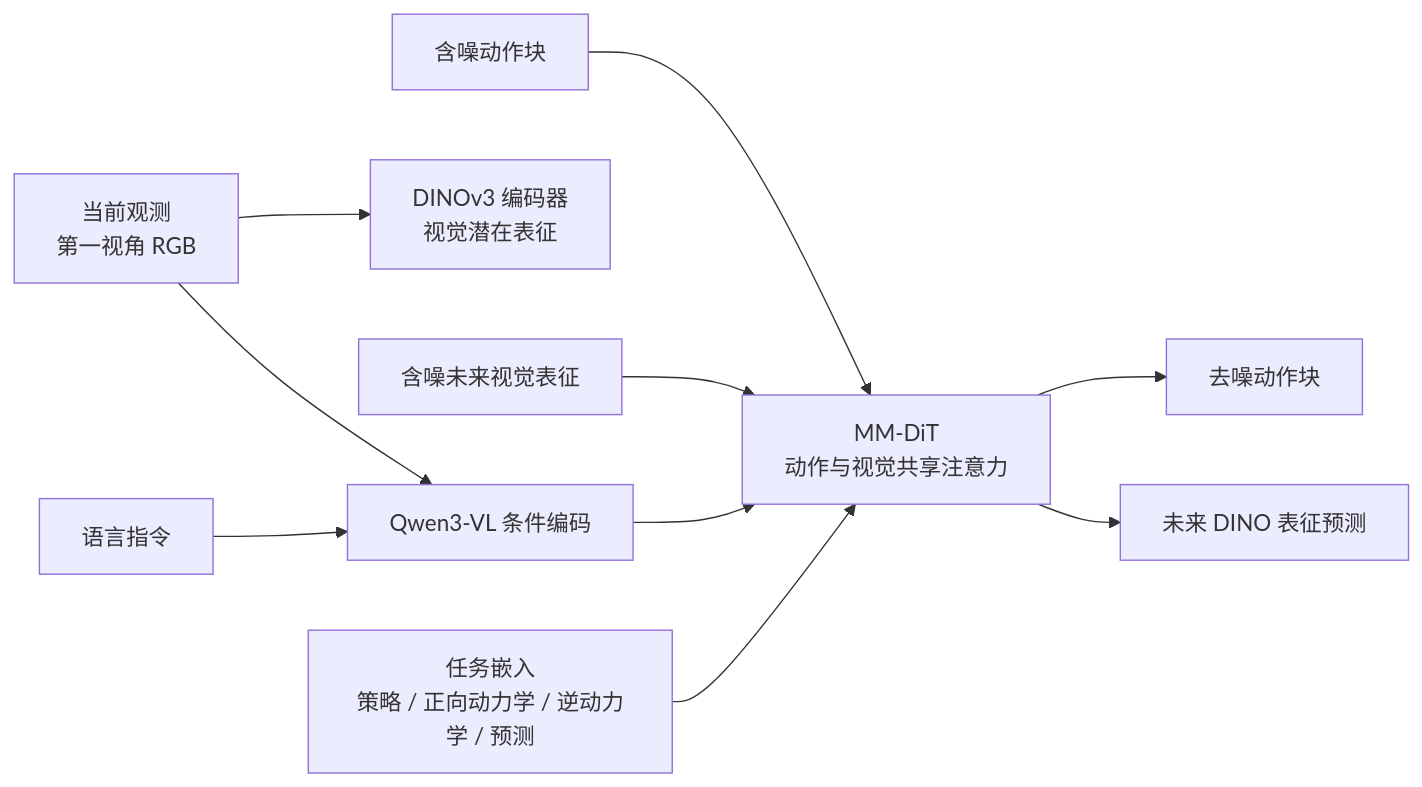
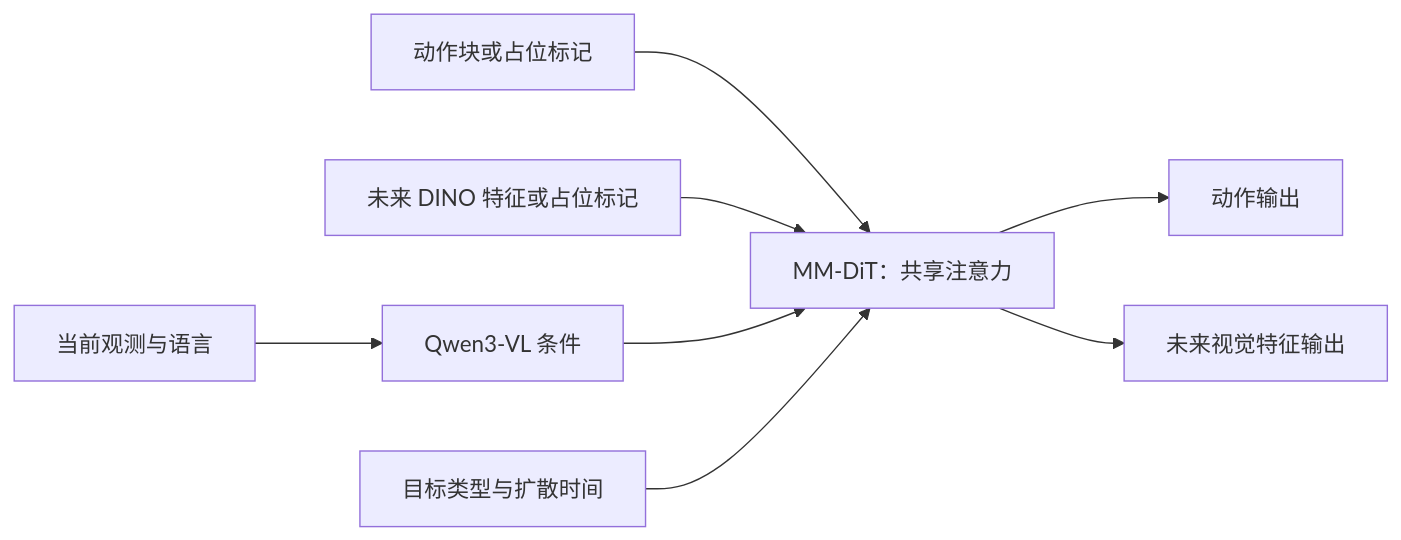
One commit to niuverse/llm-wiki changed the diagram in wiki/sources/lda-1b-scaling-latent-dynamics-action-model.md. Above: the diagram before and after it, drawn with Mermaid. The commit also changed other lines of this file and 317 other files, not shown here.

````diff
--- a/wiki/sources/lda-1b-scaling-latent-dynamics-action-model.md
+++ b/wiki/sources/lda-1b-scaling-latent-dynamics-action-model.md
@@ -41,12 +76,10 @@
 ```mermaid
 flowchart LR
-  O["当前观测<br/>第一视角 RGB"] --> V["Qwen3-VL 条件编码"]
-  L["语言指令"] --> V
-  O --> D["DINOv3 编码器<br/>视觉潜在表征"]
-  A["含噪动作块"] --> M["MM-DiT<br/>动作与视觉共享注意力"]
-  Z["含噪未来视觉表征"] --> M
+  O["当前观测与语言"] --> V["Qwen3-VL 条件"]
+  A["动作块或占位标记"] --> M["MM-DiT：共享注意力"]
+  Z["未来 DINO 特征或占位标记"] --> M
   V --> M
-  T["任务嵌入<br/>策略 / 正向动力学 / 逆动力学 / 预测"] --> M
-  M --> AO["去噪动作块"]
-  M --> ZO["未来 DINO 表征预测"]
+  T["目标类型与扩散时间"] --> M
+  M --> AO["动作输出"]
+  M --> ZO["未来视觉特征输出"]
 ```
````
